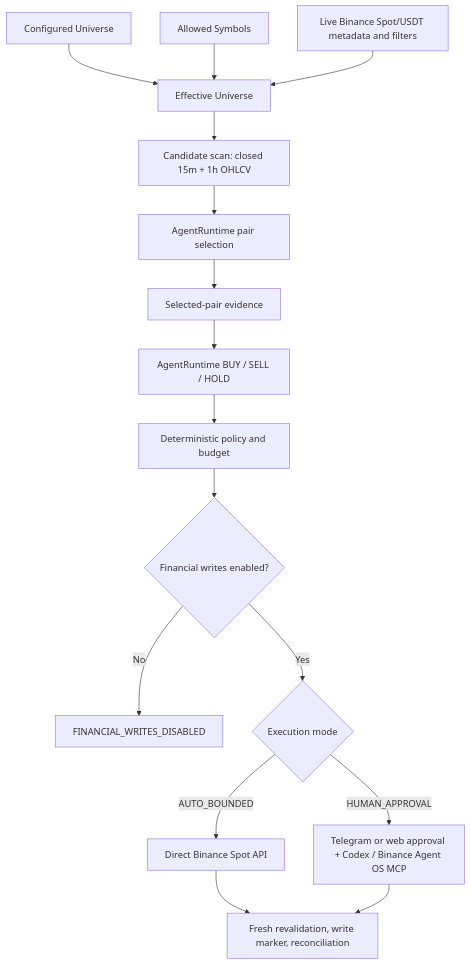
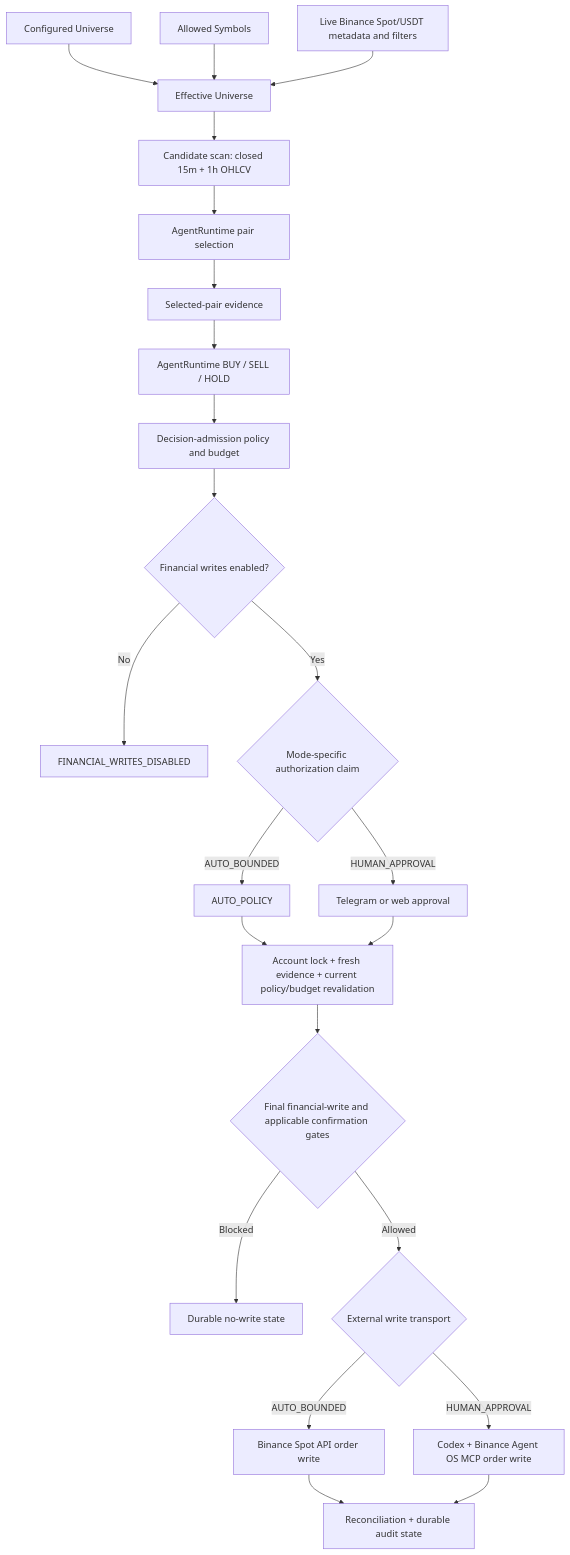
The diagram in docs/ARCHITECTURE.md (riyannode/DARWIN), drawn with Mermaid before and after one commit. The commit also changed other lines of this file and 7 other files, not shown here.

````diff
--- a/docs/ARCHITECTURE.md
+++ b/docs/ARCHITECTURE.md
@@ -16,18 +16,25 @@
 ```mermaid
 flowchart TD
     C[Configured Universe] --> E[Effective Universe]
     A[Allowed Symbols] --> E
     B[Live Binance Spot/USDT metadata and filters] --> E
     E --> S[Candidate scan: closed 15m + 1h OHLCV]
     S --> P[AgentRuntime pair selection]
     P --> D[Selected-pair evidence]
     D --> M[AgentRuntime BUY / SELL / HOLD]
-    M --> G[Deterministic policy and budget]
+    M --> G[Decision-admission policy and budget]
     G --> W{Financial writes enabled?}
     W -->|No| N[FINANCIAL_WRITES_DISABLED]
-    W -->|Yes| X{Execution mode}
-    X -->|AUTO_BOUNDED| R[Direct Binance Spot API]
-    X -->|HUMAN_APPROVAL| H[Telegram or web approval + Codex / Binance Agent OS MCP]
-    R --> Q[Fresh revalidation, write marker, reconciliation]
-    H --> Q
+    W -->|Yes| X{Mode-specific authorization claim}
+    X -->|AUTO_BOUNDED| AA[AUTO_POLICY]
+    X -->|HUMAN_APPROVAL| HA[Telegram or web approval]
+    AA --> Q[Account lock + fresh evidence + current policy/budget revalidation]
+    HA --> Q
+    Q --> F{Final financial-write and applicable confirmation gates}
+    F -->|Blocked| K[Durable no-write state]
+    F -->|Allowed| T{External write transport}
+    T -->|AUTO_BOUNDED| R[Binance Spot API order write]
+    T -->|HUMAN_APPROVAL| H[Codex + Binance Agent OS MCP order write]
+    R --> J[Reconciliation + durable audit state]
+    H --> J
 ```
````
